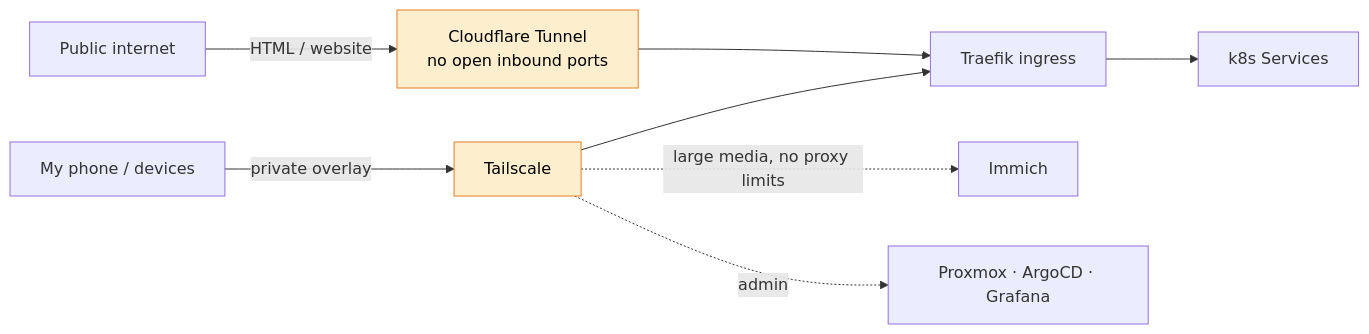
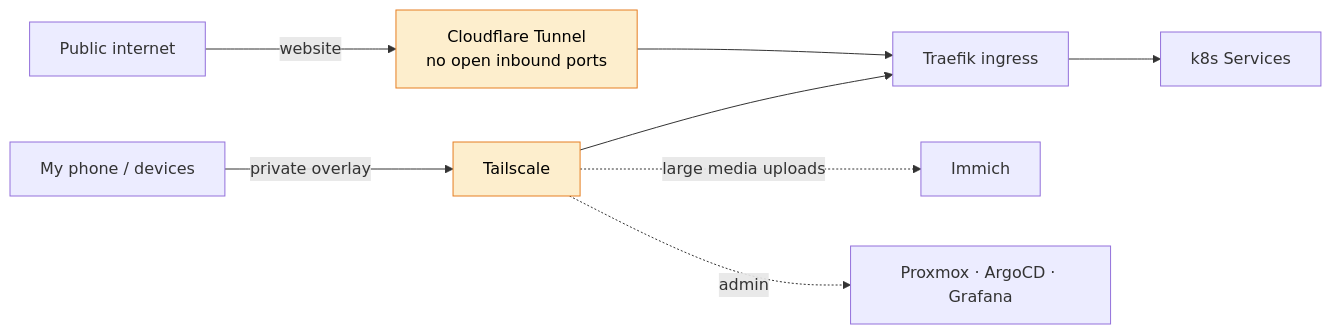
Before and after one commit to aalhabli/iac-kubernetes-homelab: the third of 4 diagrams in README.md, drawn with Mermaid. The commit also changed other lines of this file and 1 other file, not shown here.

First line of the commit message:
docs: apply audit fixes to README and roadmap

````diff
--- a/README.md
+++ b/README.md
@@ -162,14 +128,14 @@
 ```mermaid
 graph LR
-    pub["Public internet"] -->|HTML / website| cf["Cloudflare Tunnel<br/>no open inbound ports"]
+    pub["Public internet"] -->|website| cf["Cloudflare Tunnel<br/>no open inbound ports"]
     phone["My phone / devices"] -->|private overlay| tail["Tailscale"]
 
     cf --> traefik["Traefik ingress"]
     tail --> traefik
-    tail -.->|large media, no proxy limits| immich["Immich"]
+    tail -.->|large media uploads| immich["Immich"]
     tail -.->|admin| adminui["Proxmox · ArgoCD · Grafana"]
     traefik --> svc["k8s Services"]
 
     classDef edge fill:#fdeecd,stroke:#e67e22,color:#000;
     class cf,tail edge;
 ```
````
